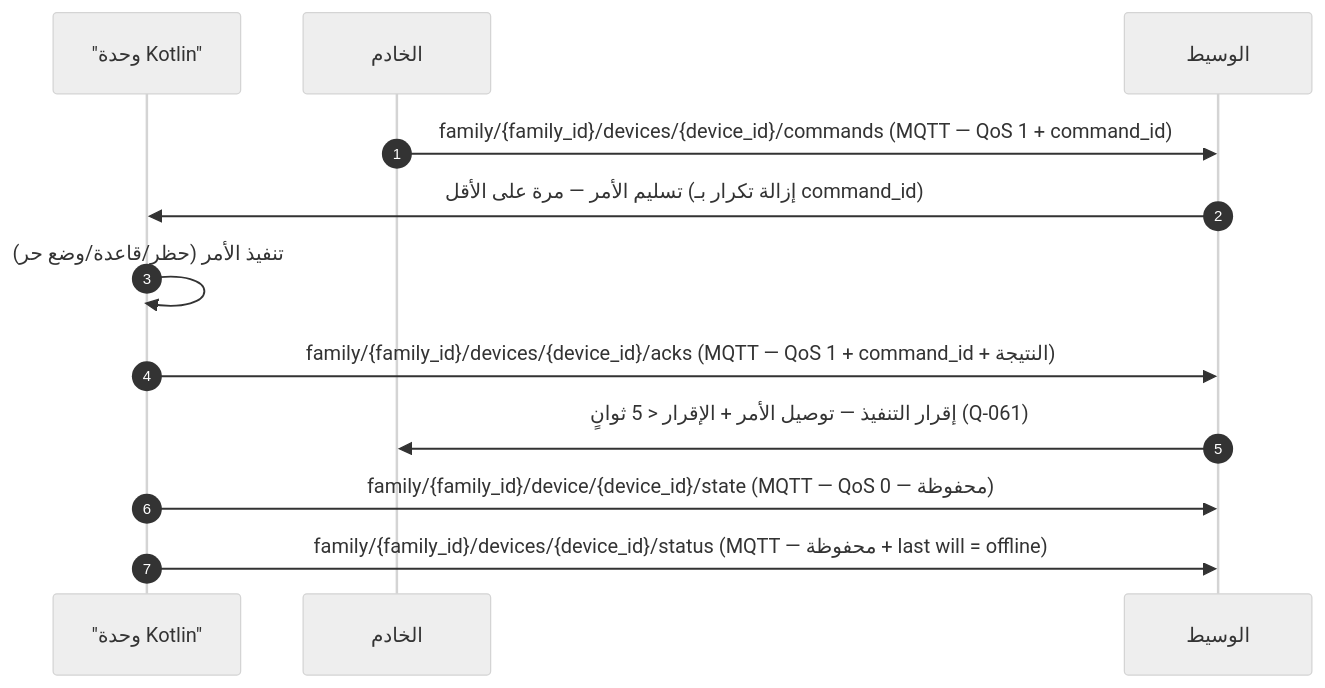
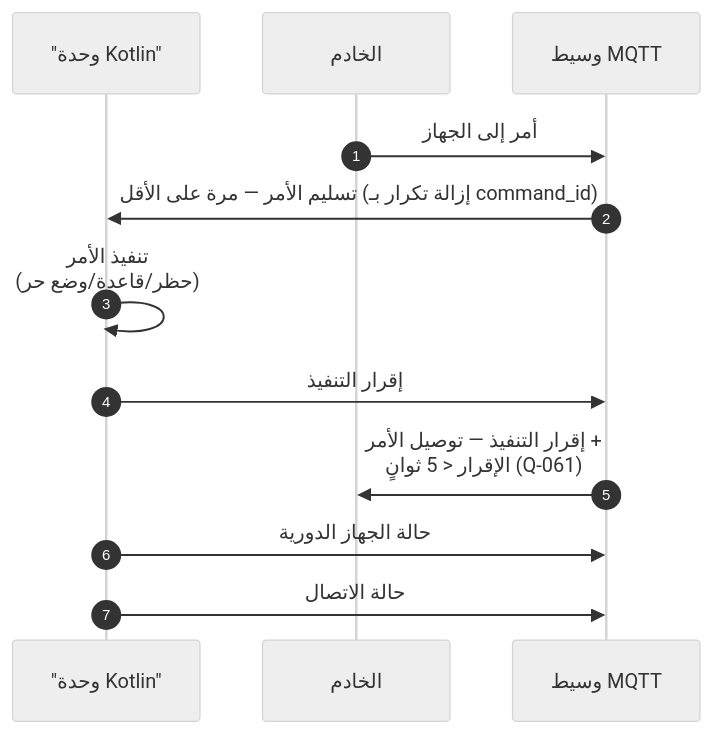
Before and after one commit to Bassam-mohammed-alqaeadi/family-os-v2: diagram 13 of 45 in docs/family-os/governance/phases/phase-1/S1-10-protection-and-enforcement/DIAGRAMS.md, drawn with Mermaid (neutral theme). The commit also changed other lines of this file, not shown here.

````diff
--- a/docs/family-os/governance/phases/phase-1/S1-10-protection-and-enforcement/DIAGRAMS.md
+++ b/docs/family-os/governance/phases/phase-1/S1-10-protection-and-enforcement/DIAGRAMS.md
@@ -631,14 +681,15 @@
 ```mermaid
+%%{init: {"sequence": {"wrap": true}}}%%
 sequenceDiagram
     autonumber
     participant K as "وحدة Kotlin"
     participant Ktor as الخادم
-    participant Mosquitto as الوسيط
-    Ktor->>Mosquitto: family/{family_id}/devices/{device_id}/commands (MQTT — QoS 1 + command_id)
-    Mosquitto->>K: تسليم الأمر — مرة على الأقل (إزالة تكرار بـ command_id)
+    participant MQTT as وسيط MQTT
+    Ktor->>MQTT: أمر إلى الجهاز
+    MQTT->>K: تسليم الأمر — مرة على الأقل (إزالة تكرار بـ command_id)
     K->>K: تنفيذ الأمر (حظر/قاعدة/وضع حر)
-    K->>Mosquitto: family/{family_id}/devices/{device_id}/acks (MQTT — QoS 1 + command_id + النتيجة)
-    Mosquitto->>Ktor: إقرار التنفيذ — توصيل الأمر + الإقرار < 5 ثوانٍ (Q-061)
-    K->>Mosquitto: family/{family_id}/device/{device_id}/state (MQTT — QoS 0 — محفوظة)
-    K->>Mosquitto: family/{family_id}/devices/{device_id}/status (MQTT — محفوظة + last will = offline)
+    K->>MQTT: إقرار التنفيذ
+    MQTT->>Ktor: إقرار التنفيذ — توصيل الأمر + الإقرار < 5 ثوانٍ (Q-061)
+    K->>MQTT: حالة الجهاز الدورية
+    K->>MQTT: حالة الاتصال
 ```
````
